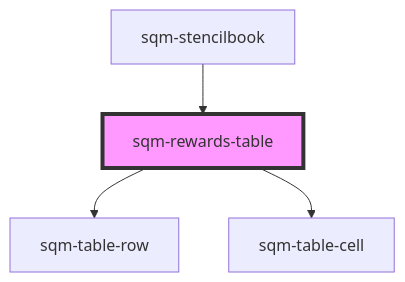
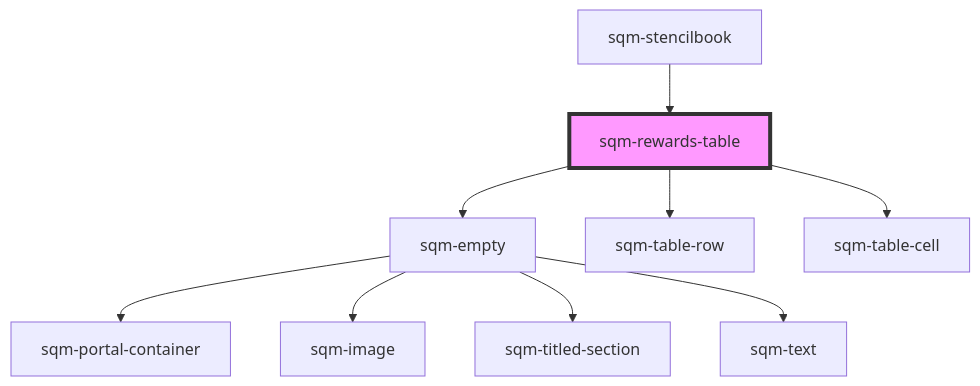
The diagram in packages/mint-components/src/components/sqm-rewards-table/readme.md (saasquatch/program-tools), drawn with Mermaid before and after one commit. The commit also changed other lines of this file and 14 other files, not shown here.

````diff
--- a/packages/mint-components/src/components/sqm-rewards-table/readme.md
+++ b/packages/mint-components/src/components/sqm-rewards-table/readme.md
@@ -35,7 +36,12 @@
 ```mermaid
 graph TD;
+  sqm-rewards-table --> sqm-empty
   sqm-rewards-table --> sqm-table-row
   sqm-rewards-table --> sqm-table-cell
+  sqm-empty --> sqm-portal-container
+  sqm-empty --> sqm-image
+  sqm-empty --> sqm-titled-section
+  sqm-empty --> sqm-text
   sqm-stencilbook --> sqm-rewards-table
   style sqm-rewards-table fill:#f9f,stroke:#333,stroke-width:4px
 ```
````
